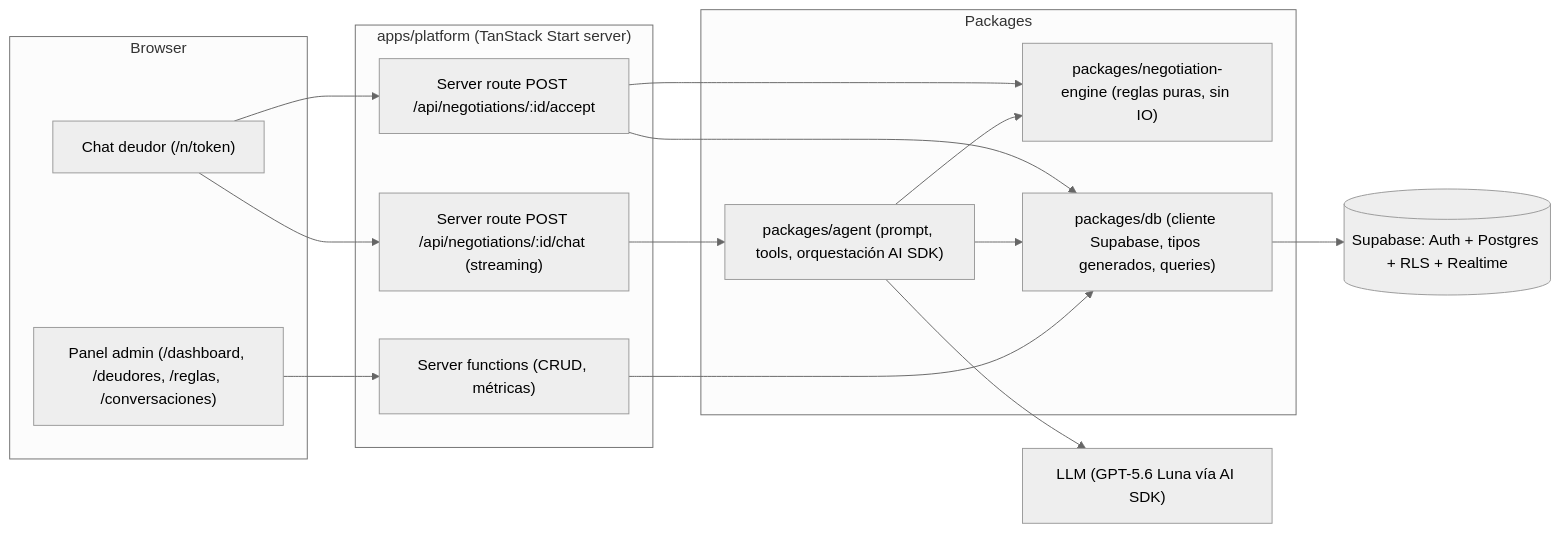
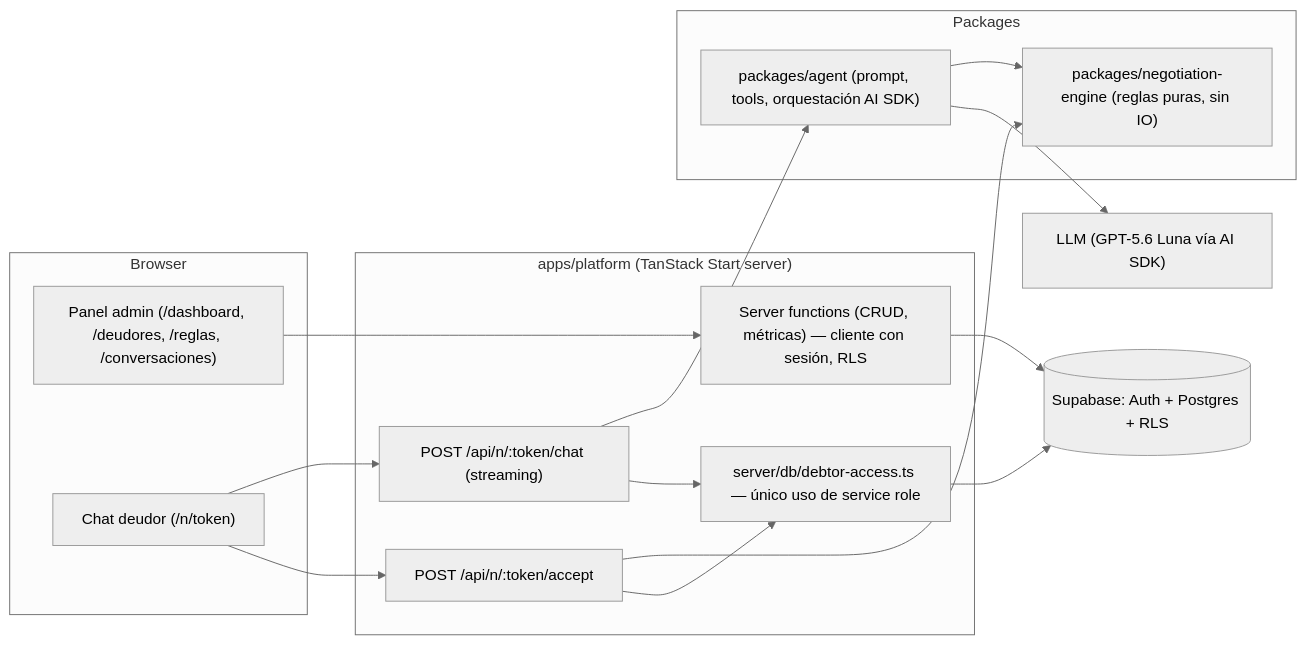
Before and after one commit to sottati/agente-deudores-seminario: the first of 4 diagrams in docs/PLAN_BACKEND.md, drawn with Mermaid (neutral theme). The commit also changed other lines of this file and 71 other files, not shown here.

````diff
--- a/docs/PLAN_BACKEND.md
+++ b/docs/PLAN_BACKEND.md
@@ -111,31 +128,31 @@
 ```mermaid
 flowchart LR
   subgraph Browser
     A["Panel admin (/dashboard, /deudores, /reglas, /conversaciones)"]
     D["Chat deudor (/n/token)"]
   end
   subgraph Platform["apps/platform (TanStack Start server)"]
-    SF["Server functions (CRUD, métricas)"]
-    CR["Server route POST /api/negotiations/:id/chat (streaming)"]
-    AR["Server route POST /api/negotiations/:id/accept"]
+    SF["Server functions (CRUD, métricas) — cliente con sesión, RLS"]
+    CR["POST /api/n/:token/chat (streaming)"]
+    AR["POST /api/n/:token/accept"]
+    DA["server/db/debtor-access.ts — único uso de service role"]
   end
   subgraph Packages
     AG["packages/agent (prompt, tools, orquestación AI SDK)"]
     EN["packages/negotiation-engine (reglas puras, sin IO)"]
-    DB["packages/db (cliente Supabase, tipos generados, queries)"]
   end
-  SUPA[("Supabase: Auth + Postgres + RLS + Realtime")]
+  SUPA[("Supabase: Auth + Postgres + RLS")]
   LLM["LLM (GPT-5.6 Luna vía AI SDK)"]
 
   A --> SF
   D --> CR
   D --> AR
-  SF --> DB
+  SF --> SUPA
   CR --> AG
+  CR --> DA
+  AR --> EN
+  AR --> DA
   AG --> EN
-  AG --> DB
   AG --> LLM
-  AR --> EN
-  AR --> DB
-  DB --> SUPA
+  DA --> SUPA
 ```
````
